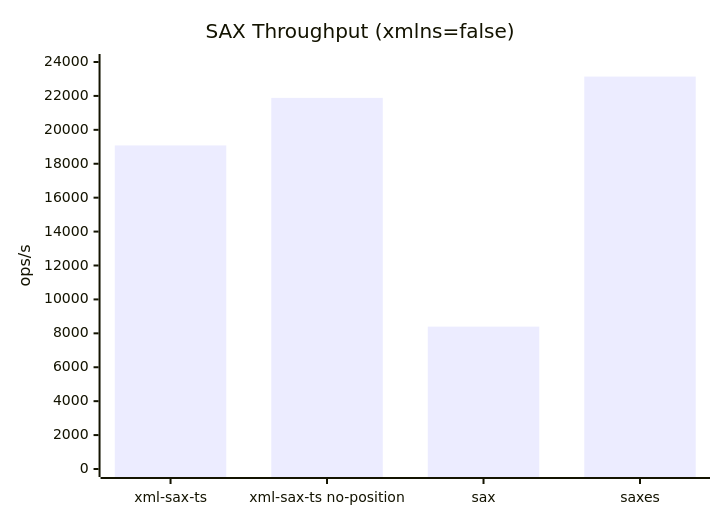
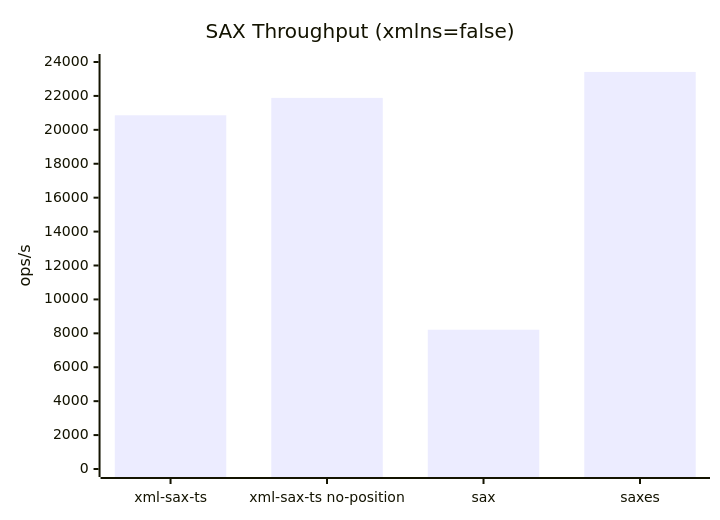
The first of 3 diagrams in README.md (aaronzi/xml-sax-ts), drawn with Mermaid before and after one commit. The commit also changed other lines of this file and 1 other file, not shown here.

````diff
--- a/README.md
+++ b/README.md
@@ -209,7 +209,7 @@
 ```mermaid
 xychart-beta
   title "SAX Throughput (xmlns=false)"
   x-axis ["xml-sax-ts", "xml-sax-ts no-position", "sax", "saxes"]
   y-axis "ops/s" 0 --> 24000
-  bar [19079.17, 21884.8, 8396.62, 23139.22]
+  bar [20857.92, 21884.23, 8211.53, 23413.13]
 ```
````
